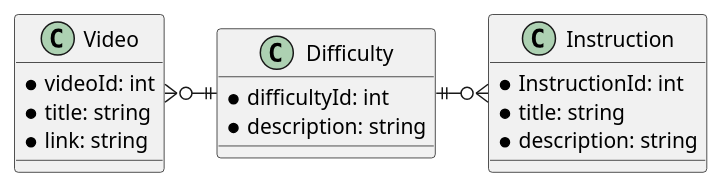
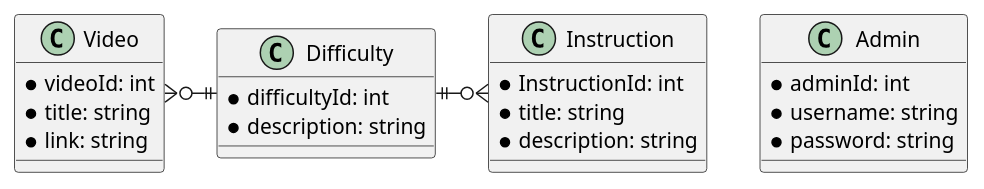
Before and after one commit to 2425-3ahif-syp/02-projekte-meditate-easy: the second of 2 diagrams in asciidocs/slides/index.adoc, drawn with PlantUML. The commit also changed other lines of this file, not shown here.

```diff
--- a/asciidocs/slides/index.adoc
+++ b/asciidocs/slides/index.adoc
@@ -100,23 +99,29 @@
 [plantuml,meditateeasy-cld,png]
 ----
 @startuml
 
 class Instruction {
     * InstructionId: int
     * title: string
     * description: string
 }
 class Difficulty {
     * difficultyId: int
     * description: string
 }
 class Video {
     * videoId: int
     * title: string
     * link: string
 }
 
+class Admin {
+    * adminId: int
+    * username: string
+    * password: string
+}
+
 Video }o-|| Difficulty
 Difficulty ||-o{ Instruction
 @enduml
 ----
```
